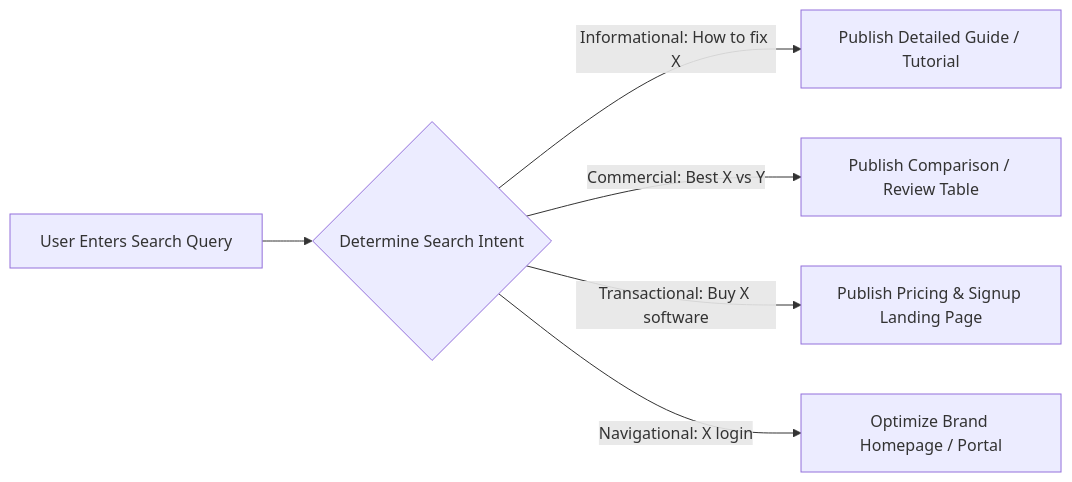
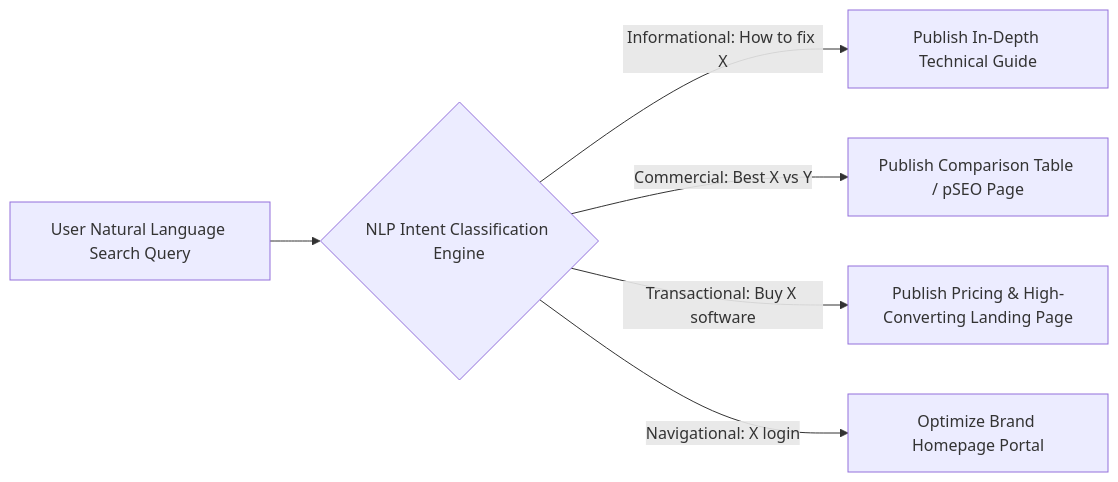
The diagram in keyword-research/README.md (seoerai/seo), drawn with Mermaid before and after one commit. The commit also changed other lines of this file and 8 other files, not shown here.

````diff
--- a/keyword-research/README.md
+++ b/keyword-research/README.md
@@ -11,8 +11,8 @@
 ```mermaid
 flowchart LR
-    A[User Enters Search Query] --> B{Determine Search Intent}
-    B -->|Informational: How to fix X| C[Publish Detailed Guide / Tutorial]
-    B -->|Commercial: Best X vs Y| D[Publish Comparison / Review Table]
-    B -->|Transactional: Buy X software| E[Publish Pricing & Signup Landing Page]
-    B -->|Navigational: X login| F[Optimize Brand Homepage / Portal]
+    A[User Natural Language Search Query] --> B{NLP Intent Classification Engine}
+    B -->|Informational: How to fix X| C[Publish In-Depth Technical Guide]
+    B -->|Commercial: Best X vs Y| D[Publish Comparison Table / pSEO Page]
+    B -->|Transactional: Buy X software| E[Publish Pricing & High-Converting Landing Page]
+    B -->|Navigational: X login| F[Optimize Brand Homepage Portal]
 ```
````
